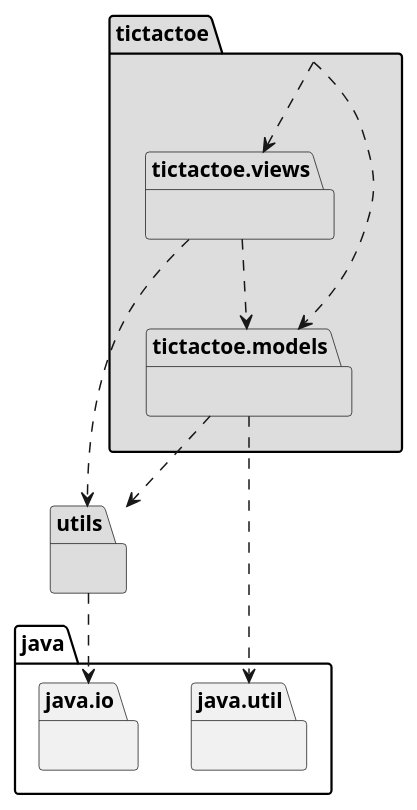
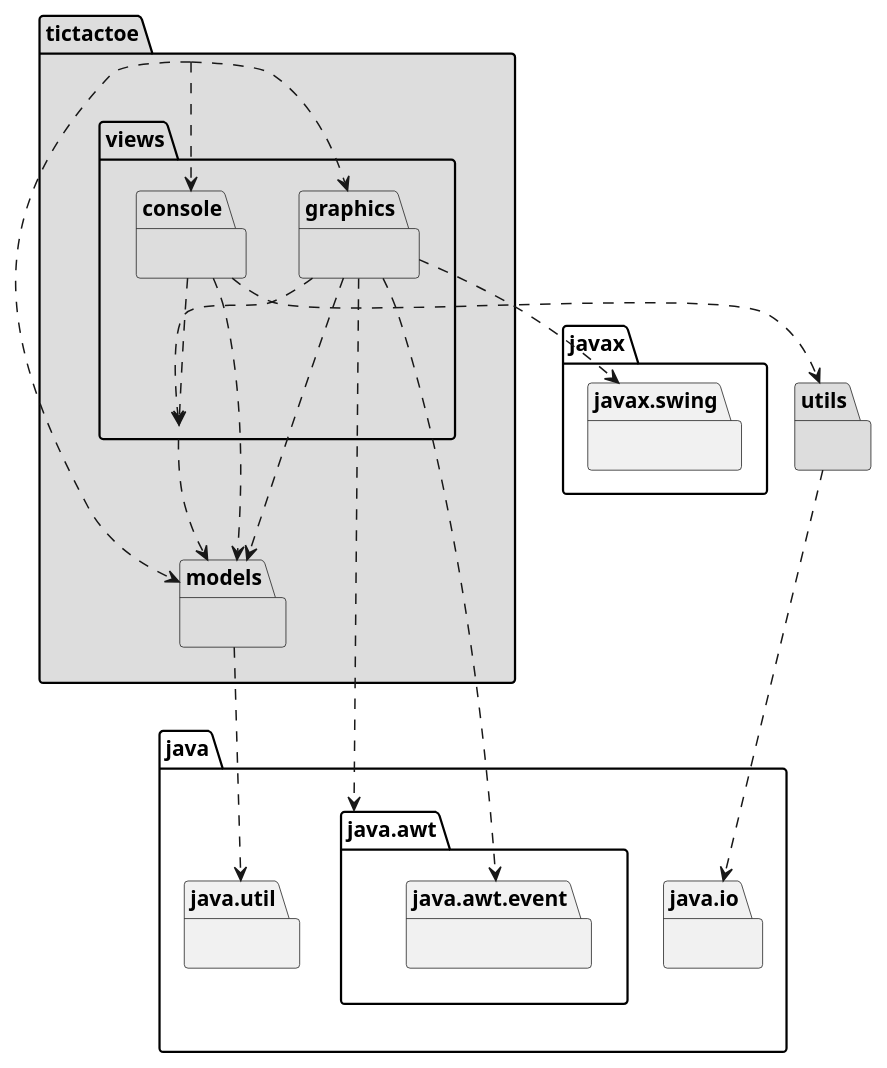
The first of 4 diagrams in docs/src/docs/asciidoc/index.adoc (x-USantaTecla-game-ticTacToe/java), drawn with PlantUML before and after one commit. The commit also changed other lines of this file and 61 other files, not shown here.

```diff
--- a/docs/src/docs/asciidoc/index.adoc
+++ b/docs/src/docs/asciidoc/index.adoc
@@ -34,19 +34,35 @@
-[plantuml,version2Arquitectura,svg]
+[plantuml,version3Arquitectura,svg]
 ....
 
-package tictactoe #DDDDDD { }
-package tictactoe.models #DDDDDD { }
-package tictactoe.views #DDDDDD { } 
+package tictactoe #DDDDDD { } 
+tictactoe .down.> tictactoe.views.graphics
+tictactoe .down.> tictactoe.models
+tictactoe .down.> tictactoe.views.console
+
+package tictactoe.models #DDDDDD { } 
 package java.util{ }
-tictactoe .down.> tictactoe.models
-tictactoe .down.> tictactoe.views
 tictactoe.models .down.> java.util
-tictactoe.models .down.> utils
-tictactoe.views .down.> utils
-tictactoe.views .down.> tictactoe.models
 
 package utils #DDDDDD { } 
 package java.io{ }
 utils .down.> java.io
 
+package tictactoe.views #DDDDDD { } 
+tictactoe.views .down.> tictactoe.models
+
+package tictactoe.views.console #DDDDDD { } 
+tictactoe.views.console .down.> tictactoe.views
+tictactoe.views.console .down.> tictactoe.models
+tictactoe.views.console .down.> utils
+
+package tictactoe.views.graphics #DDDDDD { } 
+package java.awt{ }
+tictactoe.views.graphics .down.> java.awt
+package java.awt.event{ }
+tictactoe.views.graphics .down.> java.awt.event
+tictactoe.views.graphics .down.> tictactoe.views
+tictactoe.views.graphics .down.> tictactoe.models
+package javax.swing{ }
+tictactoe.views.graphics .down.> javax.swing
+
 ....
```
